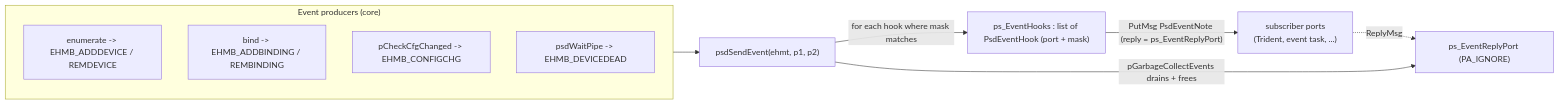
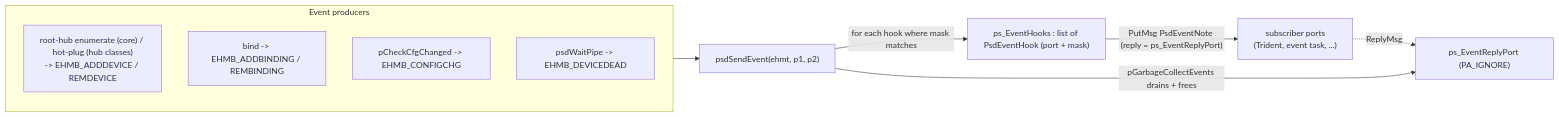
One commit to rondoval/poseidon-backport changed the tenth of 17 diagrams in docs/poseidon.library-architecture.md. Above: the diagram before and after it, drawn with Mermaid. The commit also changed other lines of this file and 7 other files, not shown here.

````diff
--- a/docs/poseidon.library-architecture.md
+++ b/docs/poseidon.library-architecture.md
@@ -794,18 +822,18 @@
 ```mermaid
 flowchart LR
-    subgraph PRODUCERS["Event producers (core)"]
-        E1["enumerate -> EHMB_ADDDEVICE / REMDEVICE"]
+    subgraph PRODUCERS["Event producers"]
+        E1["root-hub enumerate (core) / hot-plug (hub classes)<br/>-> EHMB_ADDDEVICE / REMDEVICE"]
         E2["bind -> EHMB_ADDBINDING / REMBINDING"]
         E3["pCheckCfgChanged -> EHMB_CONFIGCHG"]
         E4["psdWaitPipe -> EHMB_DEVICEDEAD"]
     end
     SE["psdSendEvent(ehmt, p1, p2)"]
     HOOKS["ps_EventHooks : list of PsdEventHook (port + mask)"]
     RP["ps_EventReplyPort (PA_IGNORE)"]
 
     PRODUCERS --> SE
     SE -->|"for each hook where mask matches"| HOOKS
     HOOKS -->|"PutMsg PsdEventNote (reply = ps_EventReplyPort)"| SUBS["subscriber ports<br/>(Trident, event task, ...)"]
     SUBS -.->|"ReplyMsg"| RP
     SE -->|"pGarbageCollectEvents drains + frees"| RP
 ```
````
